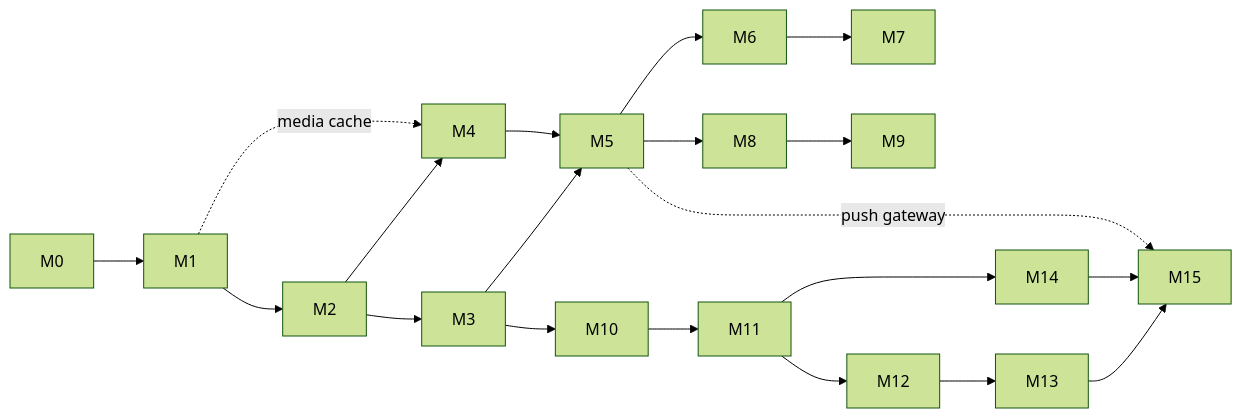
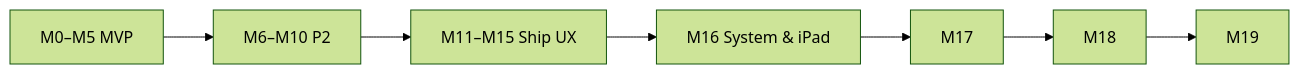
The diagram in docs/ROADMAP.md (evan1ee/halo), drawn with Mermaid (forest theme) before and after one commit. The commit also changed other lines of this file and 1 other file, not shown here.

Commit message:
docs(roadmap): slim completed M0–M16 history and queue M17–M19 milestones

````diff
--- a/docs/ROADMAP.md
+++ b/docs/ROADMAP.md
@@ -179,12 +80,4 @@
 ```mermaid
 flowchart LR
-  M0 --> M1 --> M2 --> M3 --> M5
-  M2 --> M4 --> M5
-  M3 --> M10
-  M5 --> M6 --> M7
-  M5 --> M8 --> M9
-  M1 -. media cache .-> M4
-  M10 --> M11 --> M12 --> M13 --> M15
-  M11 --> M14 --> M15
-  M5 -. push gateway .-> M15
+  M0["M0–M5 MVP"] --> M6["M6–M10 P2"] --> M11["M11–M15 Ship UX"] --> M16["M16 System & iPad"] --> M17 --> M18 --> M19
 ```
````
